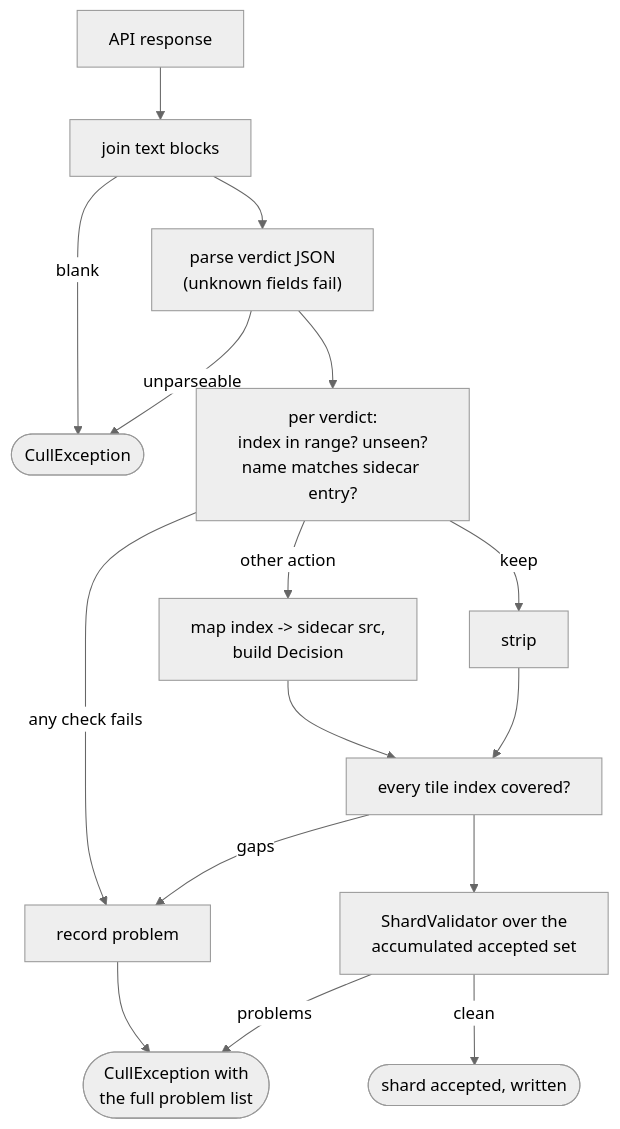
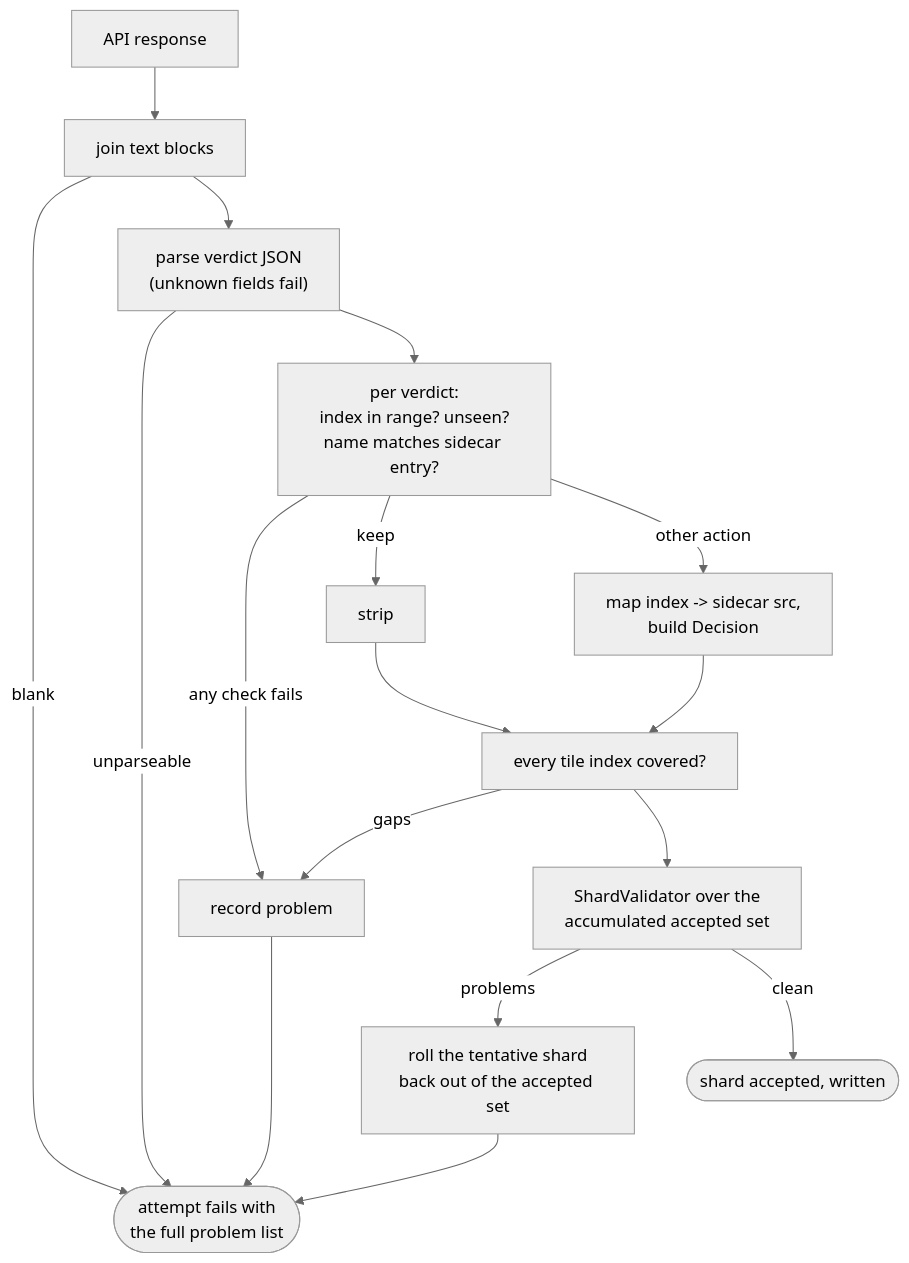
The third of 3 diagrams in app/docs/design/adapter/vision/anthropic-culler.md (AdrianNachev91/sluice), drawn with Mermaid (neutral theme) before and after one commit. The commit also changed other lines of this file and 10 other files, not shown here.

````diff
--- a/app/docs/design/adapter/vision/anthropic-culler.md
+++ b/app/docs/design/adapter/vision/anthropic-culler.md
@@ -52,18 +68,19 @@
 ```mermaid
 flowchart TD
     A["API response"] --> B["join text blocks"]
-    B -- blank --> X(["CullException"])
+    B -- blank --> X(["attempt fails with<br/>the full problem list"])
     B --> C["parse verdict JSON<br/>(unknown fields fail)"]
     C -- unparseable --> X
     C --> D["per verdict:<br/>index in range? unseen?<br/>name matches sidecar entry?"]
     D -- any check fails --> P["record problem"]
     D -- keep --> E["strip"]
     D -- other action --> F["map index -> sidecar src,<br/>build Decision"]
     F --> G["every tile index covered?"]
     E --> G
     G -- gaps --> P
-    P --> X2(["CullException with<br/>the full problem list"])
+    P --> X
     G --> H["ShardValidator over the<br/>accumulated accepted set"]
-    H -- problems --> X2
+    H -- problems --> R["roll the tentative shard<br/>back out of the accepted set"]
+    R --> X
     H -- clean --> I(["shard accepted, written"])
 ```
````
